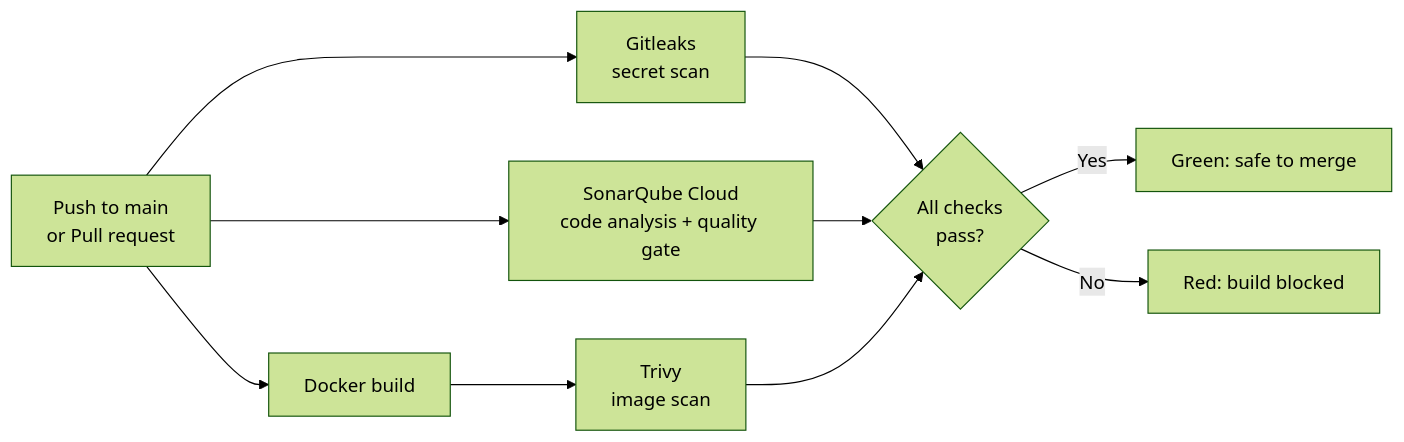
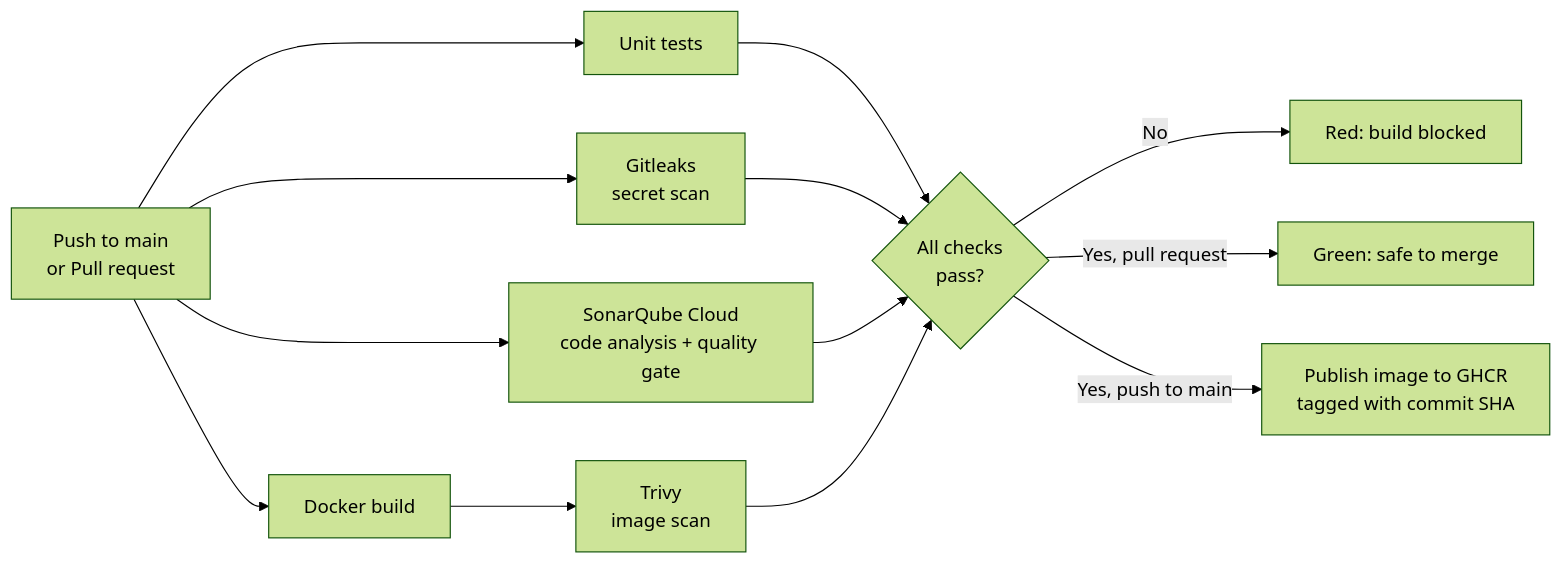
Before and after one commit to Danishwani1999/devsecops-pipeline: the diagram in README.md, drawn with Mermaid (forest theme). The commit also changed other lines of this file, not shown here.

Commit message:
docs: update README for tests, hash-locked deps, Dependabot and GHCR publish

`````diff
--- a/README.md
+++ b/README.md
@@ -44,12 +44,15 @@
 ```mermaid
 flowchart LR
-    A["Push to main<br/>or Pull request"] --> B["Gitleaks<br/>secret scan"]
+    A["Push to main<br/>or Pull request"] --> T["Unit tests"]
+    A --> B["Gitleaks<br/>secret scan"]
     A --> C["SonarQube Cloud<br/>code analysis + quality gate"]
     A --> D["Docker build"]
     D --> E["Trivy<br/>image scan"]
-    B --> F{"All checks<br/>pass?"}
+    T --> F{"All checks<br/>pass?"}
+    B --> F
     C --> F
     E --> F
-    F -->|Yes| G["Green: safe to merge"]
     F -->|No| H["Red: build blocked"]
-```
+    F -->|"Yes, pull request"| G["Green: safe to merge"]
+    F -->|"Yes, push to main"| P["Publish image to GHCR<br/>tagged with commit SHA"]
+````
`````
